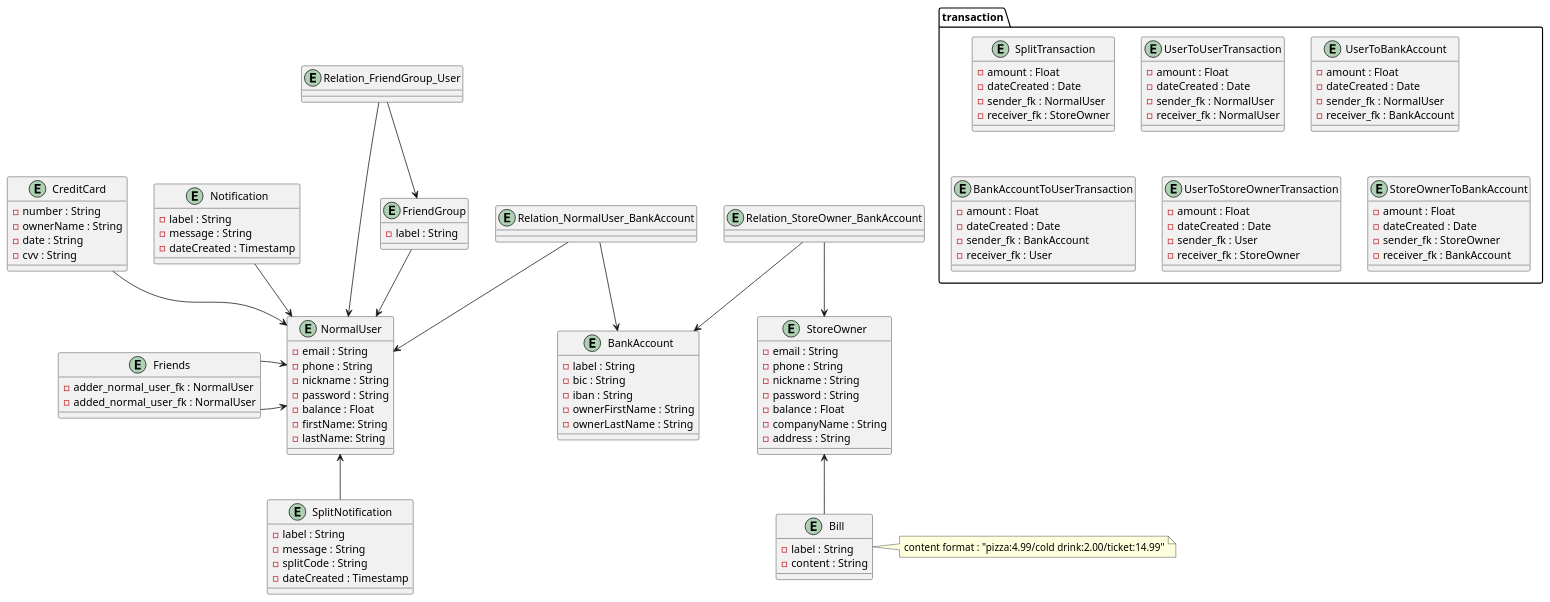
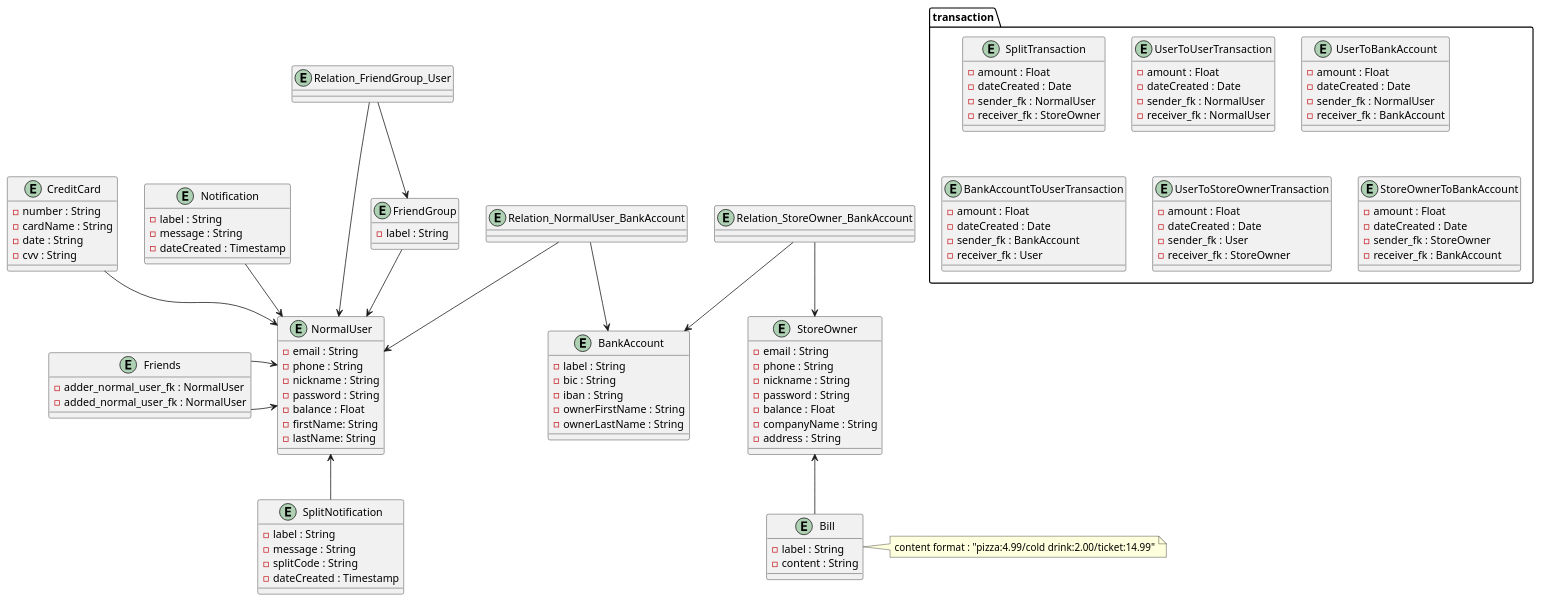
One commit to Julien-Wiegandt/SplitPay changed the diagram in documentation/database/mysql/mysql_db_class_diagram.puml. Above: the diagram before and after it, drawn with PlantUML. The commit also changed 1 other file, not shown here.

```diff
--- a/documentation/database/mysql/mysql_db_class_diagram.puml
+++ b/documentation/database/mysql/mysql_db_class_diagram.puml
@@ -1,143 +1,143 @@
 @startuml domain_analysis
 
 entity BankAccount {
   - label : String
   - bic : String
   - iban : String
   - ownerFirstName : String
   - ownerLastName : String
 }
 
 entity Bill {
   - label : String
   - content : String
 }
 
 note right of Bill
 content format : "pizza:4.99/cold drink:2.00/ticket:14.99"
 endnote
 
 
 entity Notification {
   - label : String
   - message : String
   - dateCreated : Timestamp
 }
 
 entity SplitNotification {
     - label : String
     - message : String
     - splitCode : String
     - dateCreated : Timestamp
 }
 
 entity FriendGroup {
   - label : String
 }
 
 entity CreditCard {
   - number : String
-  - ownerName : String
+  - cardName : String
   - date : String
   - cvv : String
 }
 
 entity NormalUser {
     - email : String
     - phone : String
     - nickname : String
     - password : String
     - balance : Float
     - firstName: String
     - lastName: String
 }
 
 entity StoreOwner {
     - email : String
     - phone : String
     - nickname : String
     - password : String
     - balance : Float
     - companyName : String
     - address : String
 }
 
 package transaction <<Folder>> {
 
     entity SplitTransaction{
         - amount : Float
         - dateCreated : Date
         - sender_fk : NormalUser
         - receiver_fk : StoreOwner
     }
 
     entity UserToUserTransaction {
         - amount : Float
         - dateCreated : Date
         - sender_fk : NormalUser
         - receiver_fk : NormalUser
         }
 
 
     entity UserToBankAccount {
         - amount : Float
         - dateCreated : Date
         - sender_fk : NormalUser
         - receiver_fk : BankAccount
     }
 
     entity BankAccountToUserTransaction{
         - amount : Float
         - dateCreated : Date
         - sender_fk : BankAccount
         - receiver_fk : User
     }
 
     entity UserToStoreOwnerTransaction {
         - amount : Float
         - dateCreated : Date
         - sender_fk : User
         - receiver_fk : StoreOwner
     }
 
     entity StoreOwnerToBankAccount {
         - amount : Float
         - dateCreated : Date
         - sender_fk : StoreOwner
         - receiver_fk : BankAccount
     }
 }
 
 entity Relation_FriendGroup_User{
 
 }
 
 entity Friends {
     - adder_normal_user_fk : NormalUser
     - added_normal_user_fk : NormalUser
 }
 
 entity Relation_StoreOwner_BankAccount {}
 entity Relation_NormalUser_BankAccount {}
 
 Relation_StoreOwner_BankAccount --> StoreOwner
 Relation_StoreOwner_BankAccount --> BankAccount
 
 Relation_NormalUser_BankAccount --> NormalUser
 Relation_NormalUser_BankAccount --> BankAccount
 
 Relation_FriendGroup_User --> FriendGroup
 Relation_FriendGroup_User --> NormalUser
 
 NormalUser <-up- Notification
 NormalUser <--  SplitNotification
 NormalUser <-up- CreditCard
 
 Friends -> NormalUser
 Friends -> NormalUser
 
 
 FriendGroup -->  NormalUser
 StoreOwner  <-- Bill
 
 @enduml
```
